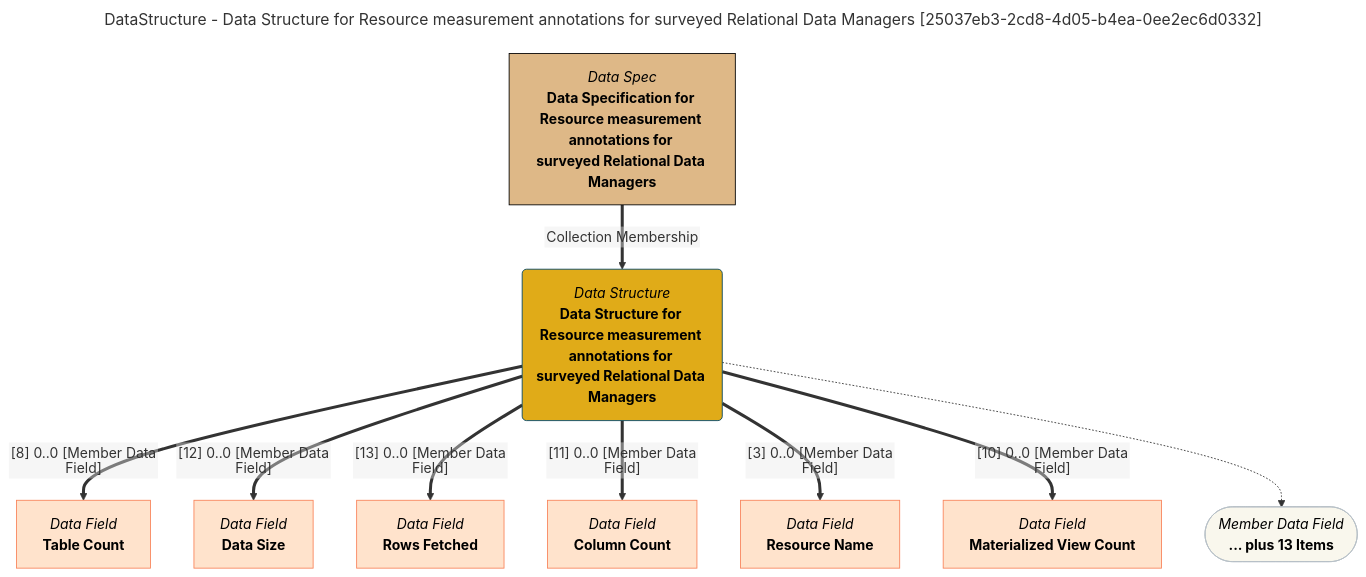
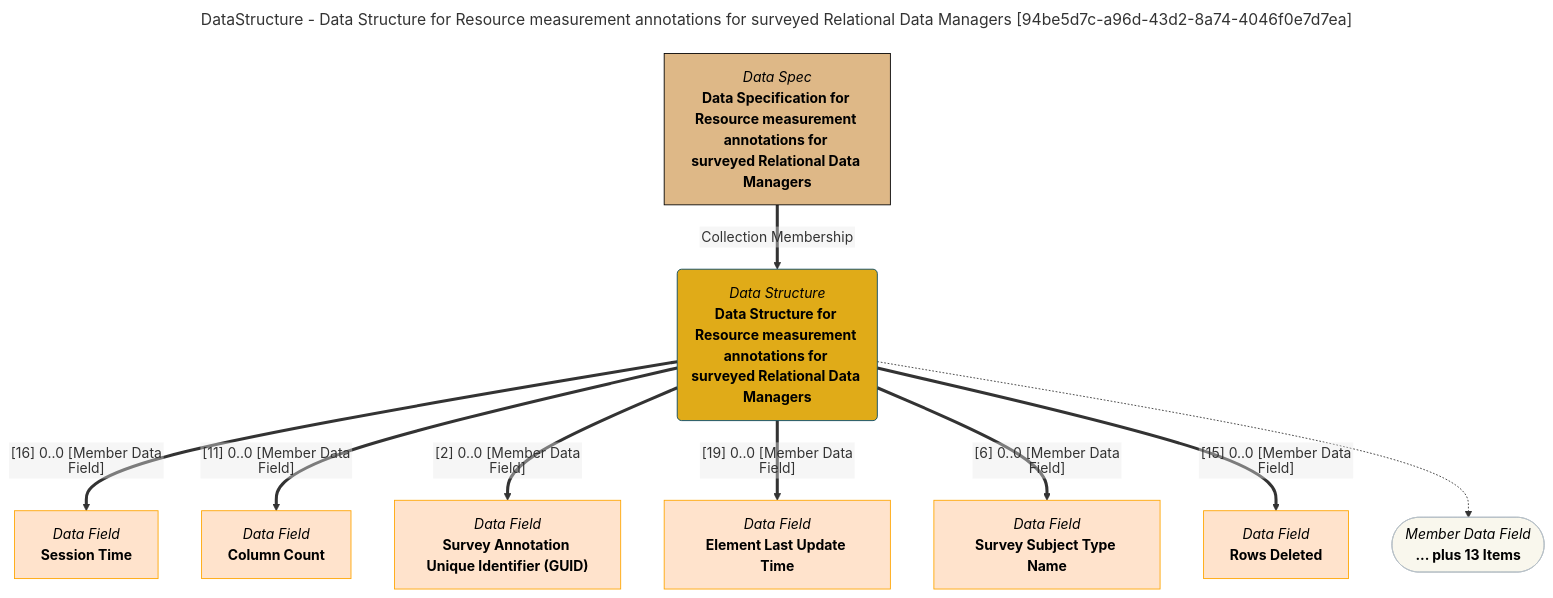
Before and after one commit to odpi/egeria-docs: the diagram in site/snippets/data-structures/data-structure-for-resource-measurement-annotations-for-surveyed-relational-data-managers-mermaid-graph.md, drawn with Mermaid. The commit also changed 2201 other files, not shown here.

````diff
--- a/site/snippets/data-structures/data-structure-for-resource-measurement-annotations-for-surveyed-relational-data-managers-mermaid-graph.md
+++ b/site/snippets/data-structures/data-structure-for-resource-measurement-annotations-for-surveyed-relational-data-managers-mermaid-graph.md
@@ -1,43 +1,43 @@
 ```mermaid
 ---
-title: DataStructure - Data Structure for Resource measurement annotations for surveyed Relational Data Managers [25037eb3-2cd8-4d05-b4ea-0ee2ec6d0332]
+title: DataStructure - Data Structure for Resource measurement annotations for surveyed Relational Data Managers [94be5d7c-a96d-43d2-8a74-4046f0e7d7ea]
 ---
 flowchart TD
 %%{init: {"flowchart": {"htmlLabels": false}} }%%
 
 1@{ shape: rounded, label: "*Data Structure*
 **Data Structure for Resource measurement annotations for surveyed Relational Data Managers**"}
 2@{ shape: rect, label: "*Data Spec*
 **Data Specification for Resource measurement annotations for surveyed Relational Data Managers**"}
 2==>|"Collection Membership"|1
 3@{ shape: rect, label: "*Data Field*
-**Table Count**"}
-1==>|"[8] 0..0 [Member Data Field]"|3
+**Session Time**"}
+1==>|"[16] 0..0 [Member Data Field]"|3
 4@{ shape: rect, label: "*Data Field*
-**Data Size**"}
-1==>|"[12] 0..0 [Member Data Field]"|4
+**Column Count**"}
+1==>|"[11] 0..0 [Member Data Field]"|4
 5@{ shape: rect, label: "*Data Field*
-**Rows Fetched**"}
-1==>|"[13] 0..0 [Member Data Field]"|5
+**Survey Annotation Unique Identifier (GUID)**"}
+1==>|"[2] 0..0 [Member Data Field]"|5
 6@{ shape: rect, label: "*Data Field*
-**Column Count**"}
-1==>|"[11] 0..0 [Member Data Field]"|6
+**Element Last Update Time**"}
+1==>|"[19] 0..0 [Member Data Field]"|6
 7@{ shape: rect, label: "*Data Field*
-**Resource Name**"}
-1==>|"[3] 0..0 [Member Data Field]"|7
+**Survey Subject Type Name**"}
+1==>|"[6] 0..0 [Member Data Field]"|7
 8@{ shape: rect, label: "*Data Field*
-**Materialized View Count**"}
-1==>|"[10] 0..0 [Member Data Field]"|8
+**Rows Deleted**"}
+1==>|"[15] 0..0 [Member Data Field]"|8
 9@{ shape: stadium, label: "*Member Data Field*
 **... plus 13 Items**"}
 1-.->9
 style 1 color:#000000, fill:#e0ab18, stroke:#004563
-style 2 color:#000000, fill:#deb887, stroke:#000000
-style 3 color:#000000, fill:#ffe3cc, stroke:#f9845b
-style 4 color:#000000, fill:#ffe3cc, stroke:#f9845b
-style 5 color:#000000, fill:#ffe3cc, stroke:#f9845b
-style 6 color:#000000, fill:#ffe3cc, stroke:#f9845b
-style 7 color:#000000, fill:#ffe3cc, stroke:#f9845b
-style 8 color:#000000, fill:#ffe3cc, stroke:#f9845b
+style 2 color:#000000, fill:#DEB887, stroke:#000000
+style 3 color:#000000, fill:#ffe3cc, stroke:#FFA500
+style 4 color:#000000, fill:#ffe3cc, stroke:#FFA500
+style 5 color:#000000, fill:#ffe3cc, stroke:#FFA500
+style 6 color:#000000, fill:#ffe3cc, stroke:#FFA500
+style 7 color:#000000, fill:#ffe3cc, stroke:#FFA500
+style 8 color:#000000, fill:#ffe3cc, stroke:#FFA500
 style 9 color:#000000, fill:#F9F7ED, stroke:#b7c0c7
 ```
````
